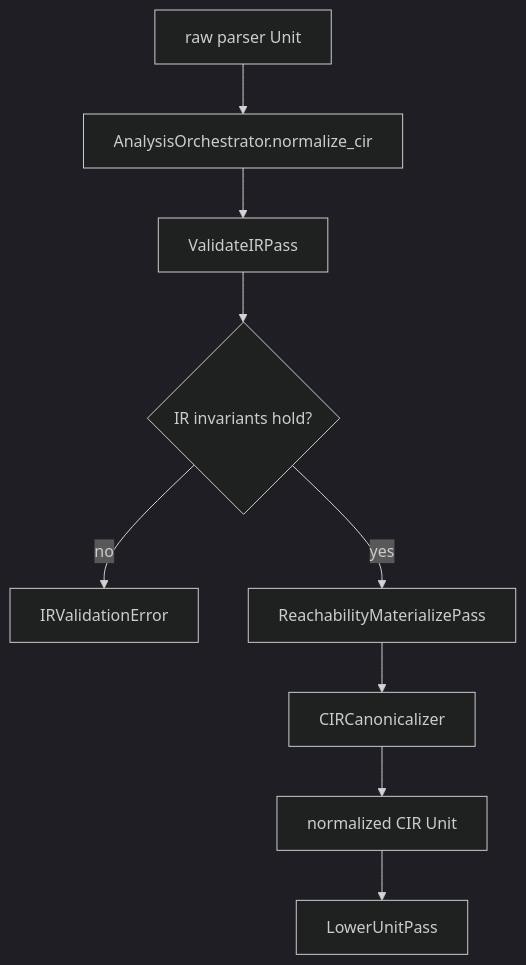
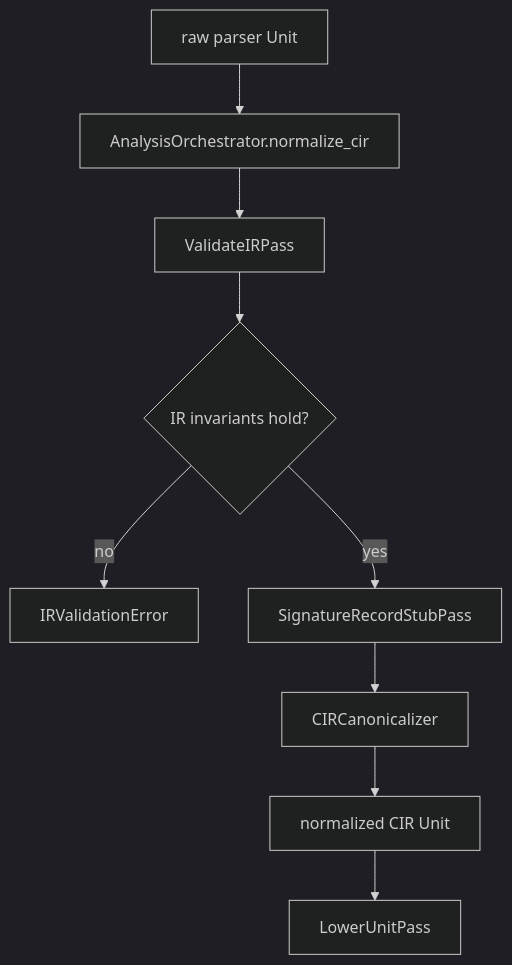
The diagram in docs/cir_passes_pipeline.md (MoSafi2/mojo_bindgen), drawn with Mermaid (dark theme) before and after one commit. The commit also changed other lines of this file and 18 other files, not shown here.

````diff
--- a/docs/cir_passes_pipeline.md
+++ b/docs/cir_passes_pipeline.md
@@ -8,11 +8,11 @@
 ```mermaid
 flowchart TD
     A[raw parser Unit] --> B[AnalysisOrchestrator.normalize_cir]
     B --> C[ValidateIRPass]
     C --> D{IR invariants hold?}
     D -->|no| E[IRValidationError]
-    D -->|yes| F[ReachabilityMaterializePass]
+    D -->|yes| F[SignatureRecordStubPass]
     F --> G[CIRCanonicalizer]
     G --> H[normalized CIR Unit]
     H --> I[LowerUnitPass]
 ```
````
